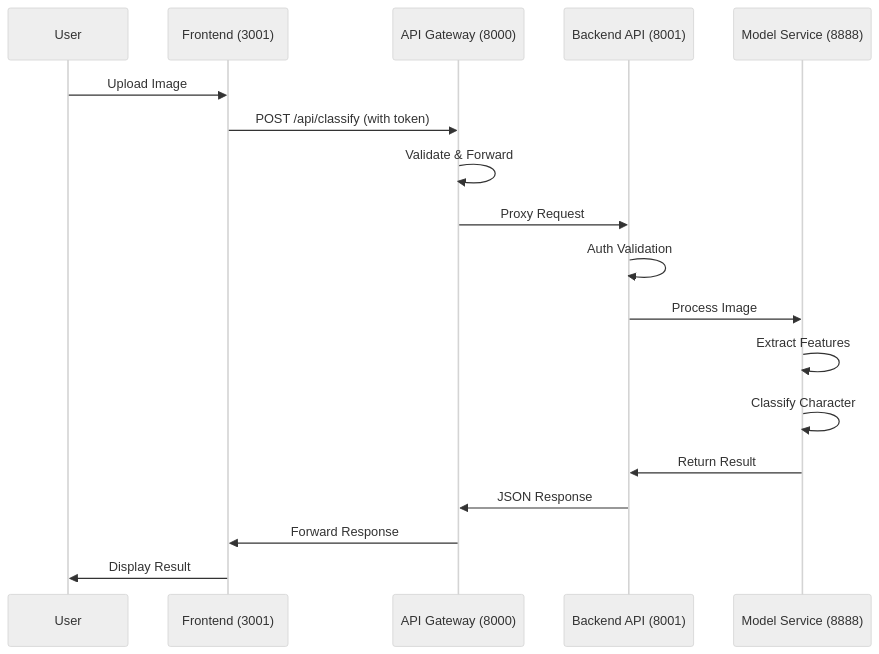
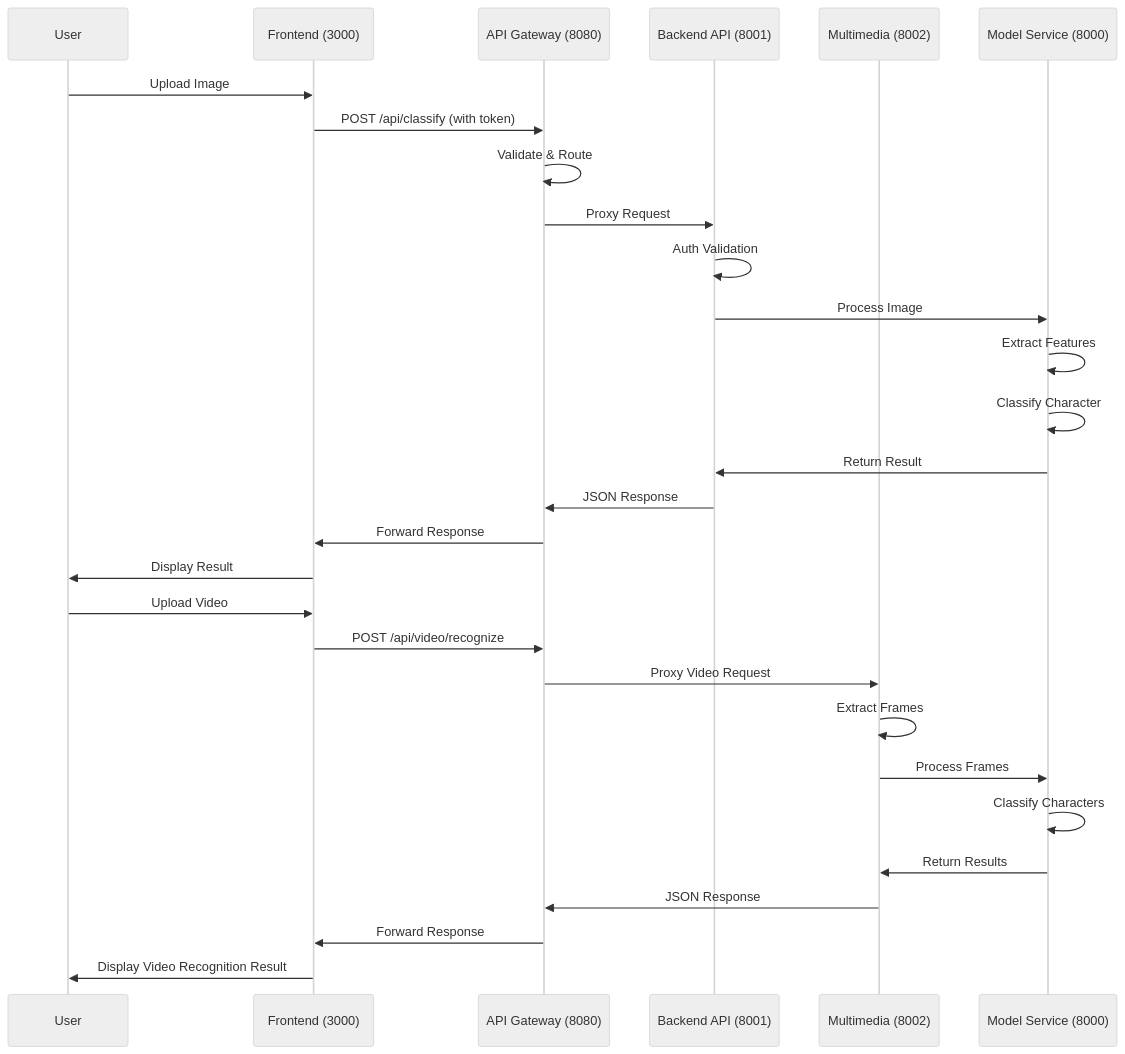
The second of 2 diagrams in README.md (caozhaoqi/anime_role_detect), drawn with Mermaid (neutral theme) before and after one commit. The commit also changed other lines of this file and 16 other files, not shown here.

````diff
--- a/README.md
+++ b/README.md
@@ -184,21 +184,33 @@
 ```mermaid
 sequenceDiagram
     participant User as User
-    participant Frontend as Frontend (3001)
-    participant Gateway as API Gateway (8000)
+    participant Frontend as Frontend (3000)
+    participant Gateway as API Gateway (8080)
     participant Backend as Backend API (8001)
-    participant Model as Model Service (8888)
+    participant Multimedia as Multimedia (8002)
+    participant Model as Model Service (8000)
 
     User->>Frontend: Upload Image
     Frontend->>Gateway: POST /api/classify (with token)
-    Gateway->>Gateway: Validate & Forward
+    Gateway->>Gateway: Validate & Route
     Gateway->>Backend: Proxy Request
     Backend->>Backend: Auth Validation
     Backend->>Model: Process Image
     Model->>Model: Extract Features
     Model->>Model: Classify Character
     Model->>Backend: Return Result
     Backend->>Gateway: JSON Response
     Gateway->>Frontend: Forward Response
     Frontend->>User: Display Result
+    
+    User->>Frontend: Upload Video
+    Frontend->>Gateway: POST /api/video/recognize
+    Gateway->>Multimedia: Proxy Video Request
+    Multimedia->>Multimedia: Extract Frames
+    Multimedia->>Model: Process Frames
+    Model->>Model: Classify Characters
+    Model->>Multimedia: Return Results
+    Multimedia->>Gateway: JSON Response
+    Gateway->>Frontend: Forward Response
+    Frontend->>User: Display Video Recognition Result
 ```
````
